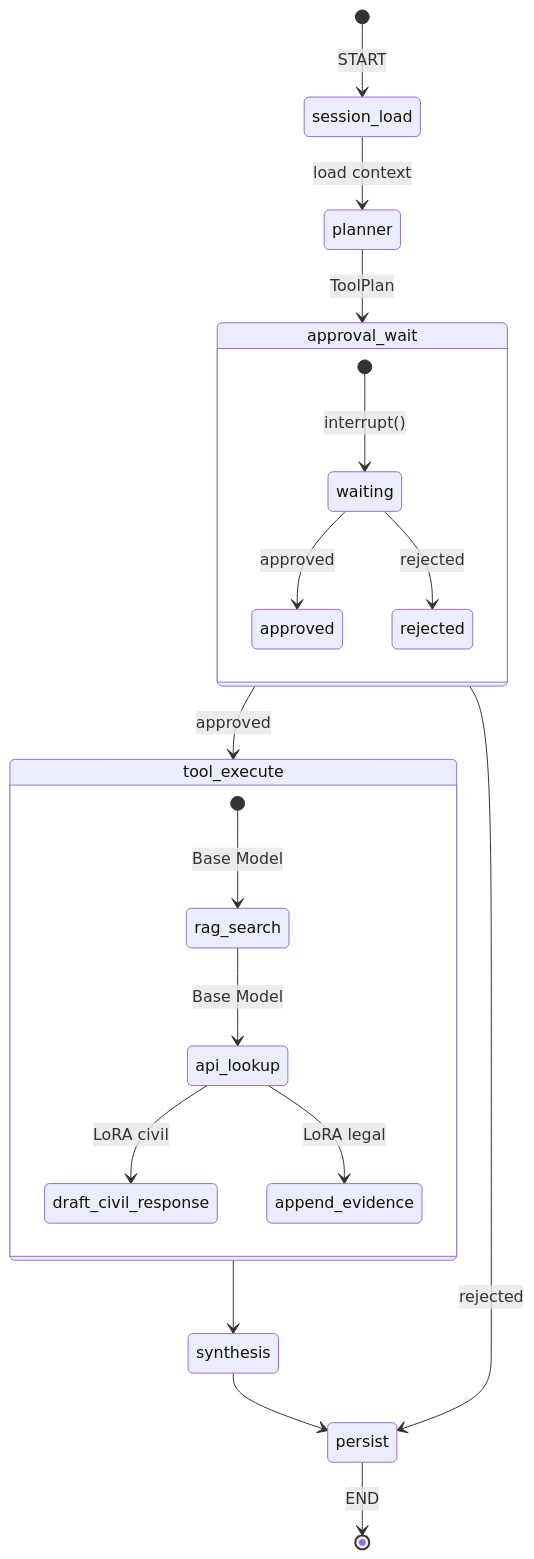
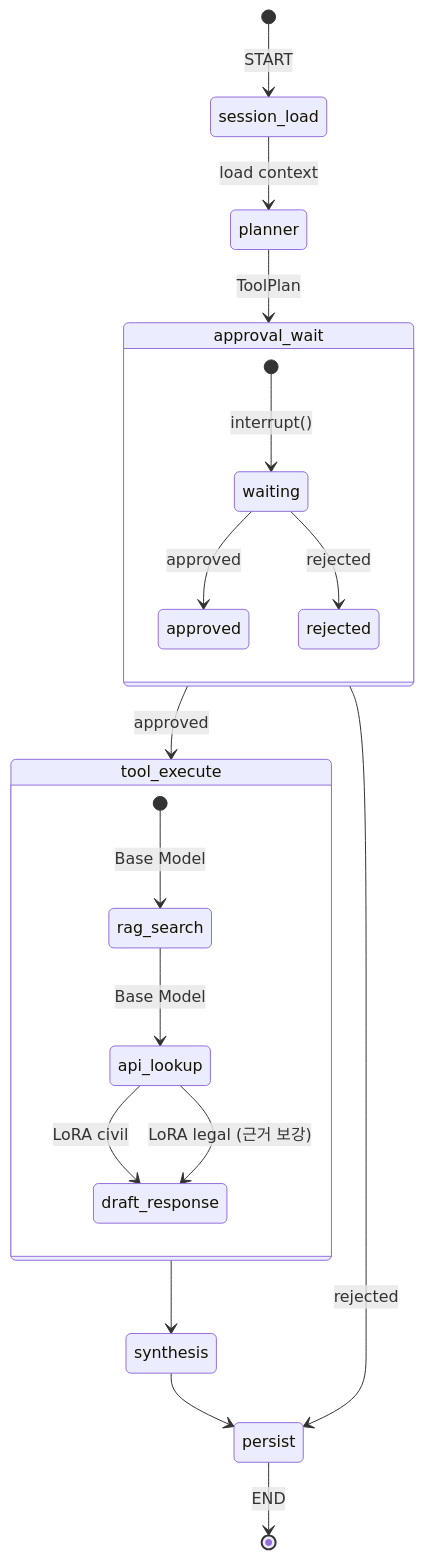
Before and after one commit to ondevice-ai-civil/ondevice-ai-civil-complaint: the third of 3 diagrams in README.md, drawn with Mermaid. The commit also changed other lines of this file and 14 other files, not shown here.

````diff
--- a/README.md
+++ b/README.md
@@ -99,26 +99,26 @@
 ```mermaid
 stateDiagram-v2
     [*] --> session_load : START
     session_load --> planner : load context
     planner --> approval_wait : ToolPlan
 
     state approval_wait {
         [*] --> waiting : interrupt()
         waiting --> approved : approved
         waiting --> rejected : rejected
     }
 
     approval_wait --> tool_execute : approved
     approval_wait --> persist : rejected
 
     state tool_execute {
         [*] --> rag_search : Base Model
         rag_search --> api_lookup : Base Model
-        api_lookup --> draft_civil_response : LoRA civil
-        api_lookup --> append_evidence : LoRA legal
+        api_lookup --> draft_response : LoRA civil
+        api_lookup --> draft_response : LoRA legal (근거 보강)
     }
 
     tool_execute --> synthesis
     synthesis --> persist
     persist --> [*] : END
 ```
````
